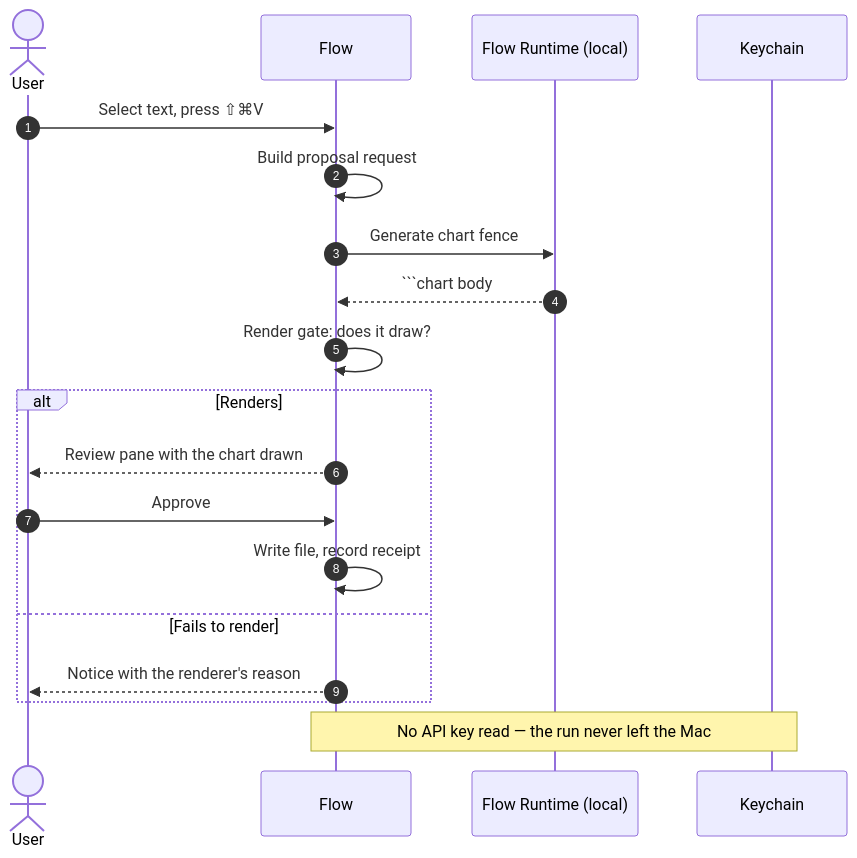
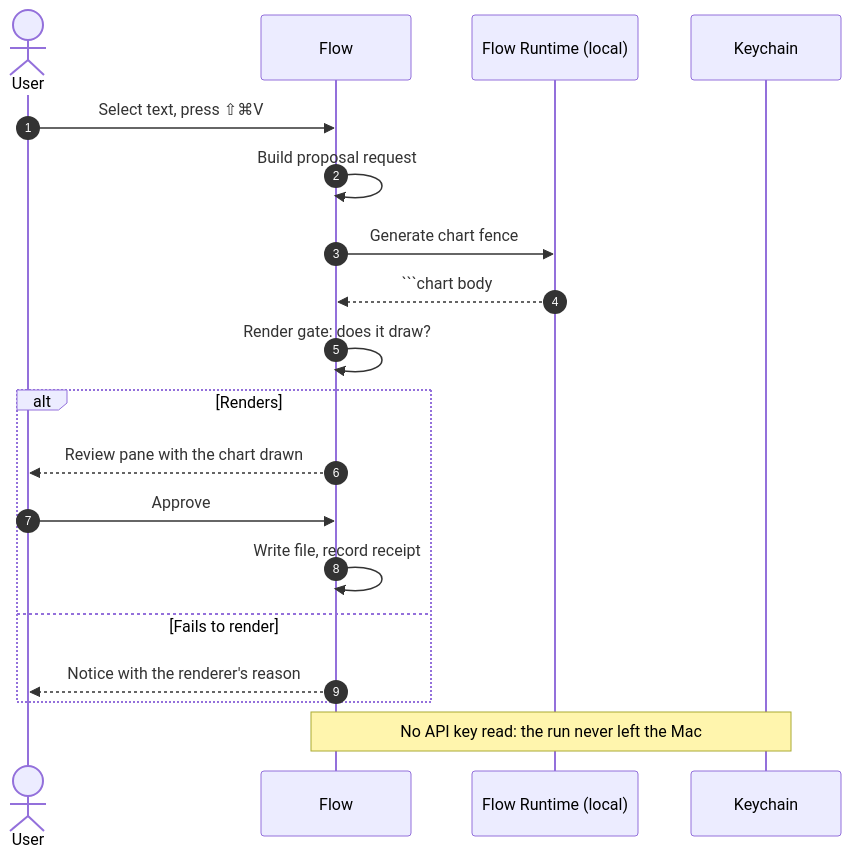
Before and after one commit to orionfold/flow: the second of 20 diagrams in flow-guide/Visualization Gallery.md, drawn with Mermaid. The commit also changed other lines of this file and 44 other files, not shown here.

Commit message:
The Flow Guide, content version 1.11.0

````diff
--- a/flow-guide/Visualization Gallery.md
+++ b/flow-guide/Visualization Gallery.md
@@ -1098,21 +1098,21 @@
 ```mermaid
 sequenceDiagram
   autonumber
   actor U as User
   participant F as Flow
   participant R as Flow Runtime (local)
   participant K as Keychain
   U->>F: Select text, press ⇧⌘V
   F->>F: Build proposal request
   F->>R: Generate chart fence
   R-->>F: ```chart body
   F->>F: Render gate: does it draw?
   alt Renders
     F-->>U: Review pane with the chart drawn
     U->>F: Approve
     F->>F: Write file, record receipt
   else Fails to render
     F-->>U: Notice with the renderer's reason
   end
-  Note over F,K: No API key read — the run never left the Mac
+  Note over F,K: No API key read: the run never left the Mac
 ```
````
